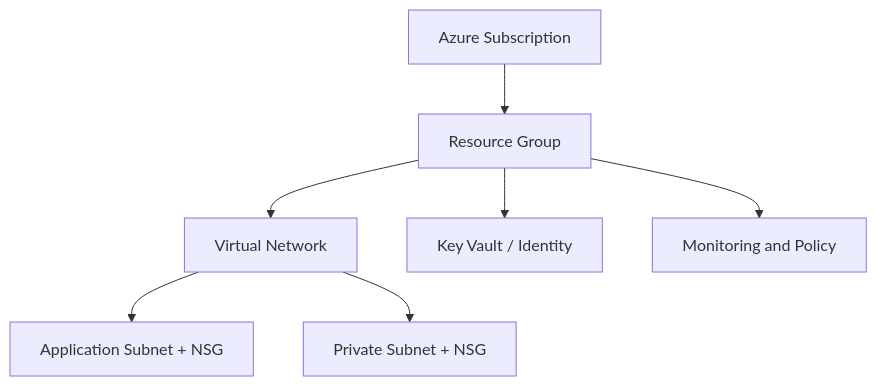
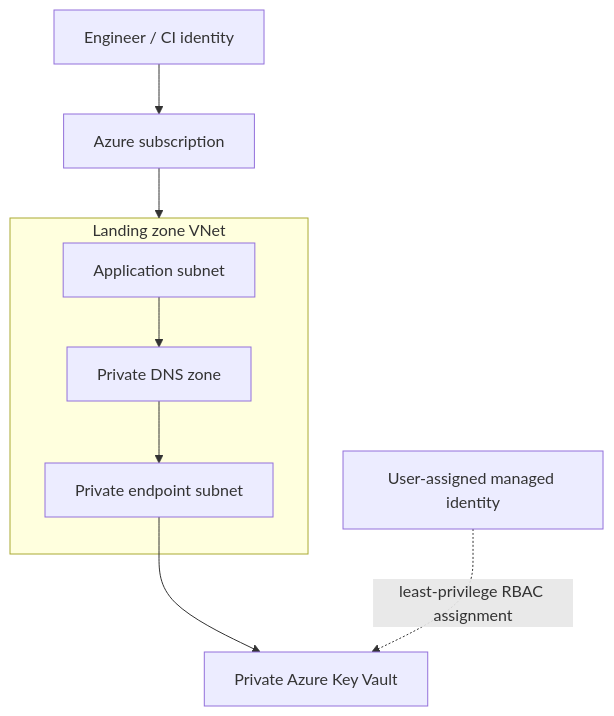
Before and after one commit to haqueamir70-coder/azure-production-landing-zone: the diagram in README.md, drawn with Mermaid. The commit also changed other lines of this file, not shown here.

Commit message:
Document private-only landing zone architecture and operational checks

````diff
--- a/README.md
+++ b/README.md
@@ -17,9 +23,13 @@
 ```mermaid
-flowchart TD
-  A[Azure Subscription] --> B[Resource Group]
-  B --> C[Virtual Network]
-  C --> D[Application Subnet + NSG]
-  C --> E[Private Subnet + NSG]
-  B --> F[Key Vault / Identity]
-  B --> G[Monitoring and Policy]
+flowchart TB
+  Engineer[Engineer / CI identity] --> Azure[Azure subscription]
+  subgraph VNet[Landing zone VNet]
+    App[Application subnet]
+    PE[Private endpoint subnet]
+    DNS[Private DNS zone]
+    App --> DNS --> PE
+  end
+  Azure --> VNet
+  PE --> KV[Private Azure Key Vault]
+  MI[User-assigned managed identity] -. least-privilege RBAC assignment .-> KV
 ```
````
